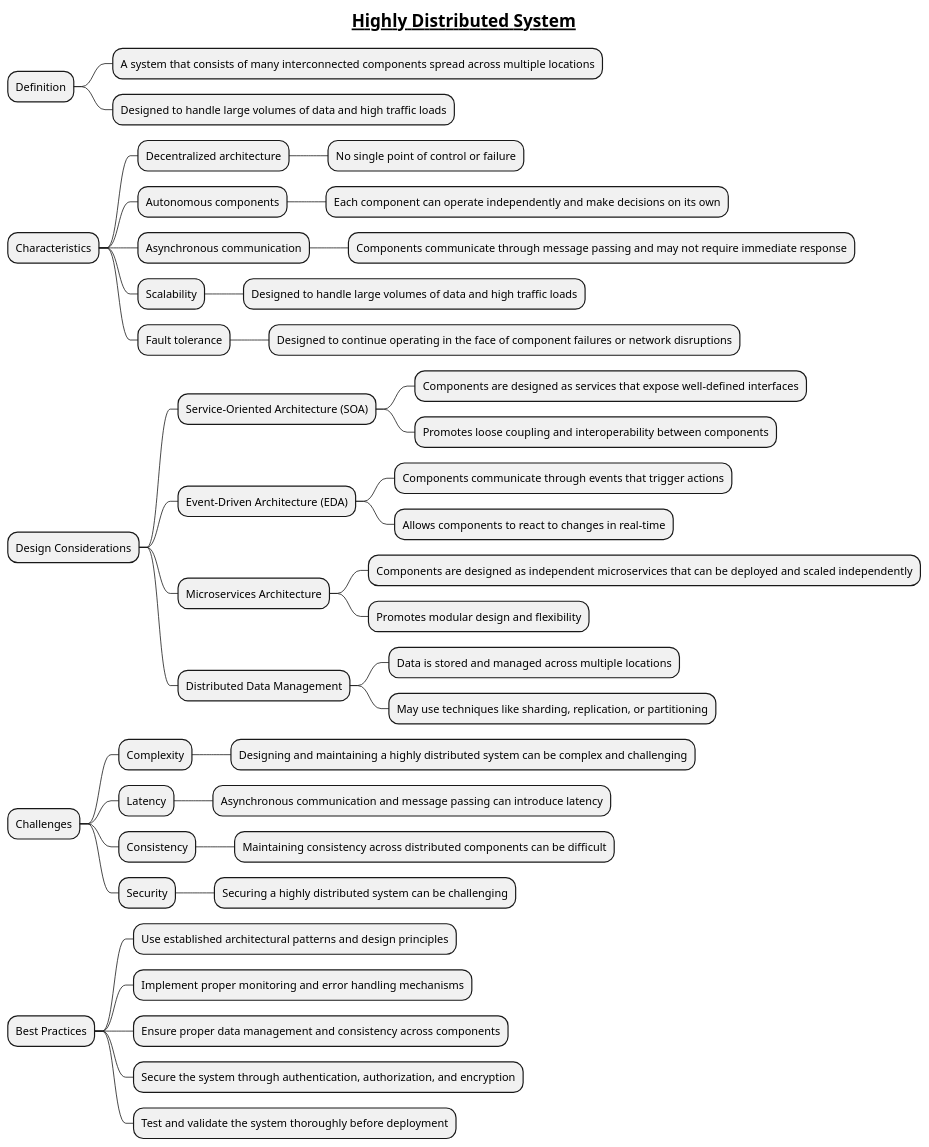
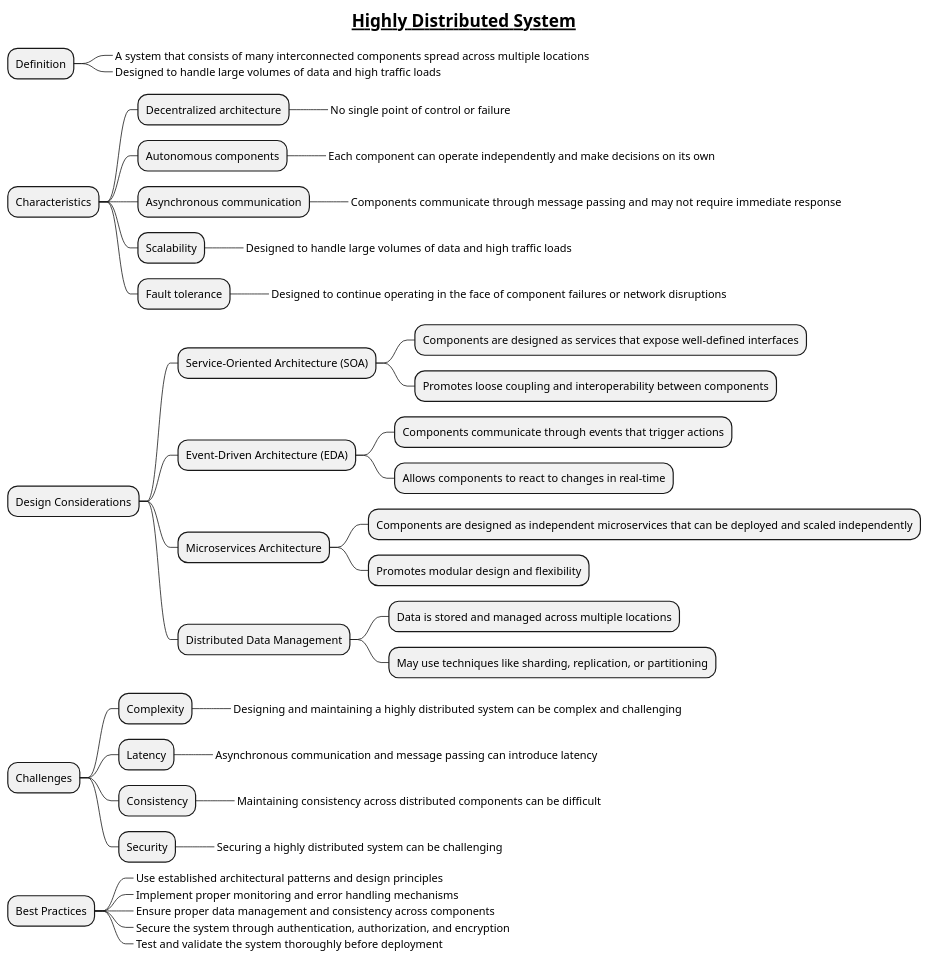
Before and after one commit to MehmoodHashmi/Documentation-as-Code-DaC: the diagram in docs/Requirement-Engineering/levels-of-distributed-system/Highly-Distributed-System.puml, drawn with PlantUML.

Commit message:
added new and latest mind-maps

```diff
--- a/docs/Requirement-Engineering/levels-of-distributed-system/Highly-Distributed-System.puml
+++ b/docs/Requirement-Engineering/levels-of-distributed-system/Highly-Distributed-System.puml
@@ -2,50 +2,50 @@
 @startmindmap
 title =__Highly Distributed System__
 
 * Definition
-** A system that consists of many interconnected components spread across multiple locations
-** Designed to handle large volumes of data and high traffic loads
+**_ A system that consists of many interconnected components spread across multiple locations
+**_ Designed to handle large volumes of data and high traffic loads
 
 * Characteristics
 ** Decentralized architecture
-*** No single point of control or failure
+***_ No single point of control or failure
 ** Autonomous components
-*** Each component can operate independently and make decisions on its own
+***_ Each component can operate independently and make decisions on its own
 ** Asynchronous communication
-*** Components communicate through message passing and may not require immediate response
+***_ Components communicate through message passing and may not require immediate response
 ** Scalability
-*** Designed to handle large volumes of data and high traffic loads
+***_ Designed to handle large volumes of data and high traffic loads
 ** Fault tolerance
-*** Designed to continue operating in the face of component failures or network disruptions
+***_ Designed to continue operating in the face of component failures or network disruptions
 
 * Design Considerations
 ** Service-Oriented Architecture (SOA)
 *** Components are designed as services that expose well-defined interfaces
 *** Promotes loose coupling and interoperability between components
 ** Event-Driven Architecture (EDA)
 *** Components communicate through events that trigger actions
 *** Allows components to react to changes in real-time
 ** Microservices Architecture
 *** Components are designed as independent microservices that can be deployed and scaled independently
 *** Promotes modular design and flexibility
 ** Distributed Data Management
 *** Data is stored and managed across multiple locations
 *** May use techniques like sharding, replication, or partitioning
 
 * Challenges
 ** Complexity
-*** Designing and maintaining a highly distributed system can be complex and challenging
+***_ Designing and maintaining a highly distributed system can be complex and challenging
 ** Latency
-*** Asynchronous communication and message passing can introduce latency
+***_ Asynchronous communication and message passing can introduce latency
 ** Consistency
-*** Maintaining consistency across distributed components can be difficult
+***_ Maintaining consistency across distributed components can be difficult
 ** Security
-*** Securing a highly distributed system can be challenging
+***_ Securing a highly distributed system can be challenging
 
 * Best Practices
-** Use established architectural patterns and design principles
-** Implement proper monitoring and error handling mechanisms
-** Ensure proper data management and consistency across components
-** Secure the system through authentication, authorization, and encryption
-** Test and validate the system thoroughly before deployment
+**_ Use established architectural patterns and design principles
+**_ Implement proper monitoring and error handling mechanisms
+**_ Ensure proper data management and consistency across components
+**_ Secure the system through authentication, authorization, and encryption
+**_ Test and validate the system thoroughly before deployment
 @endmindmap
```
